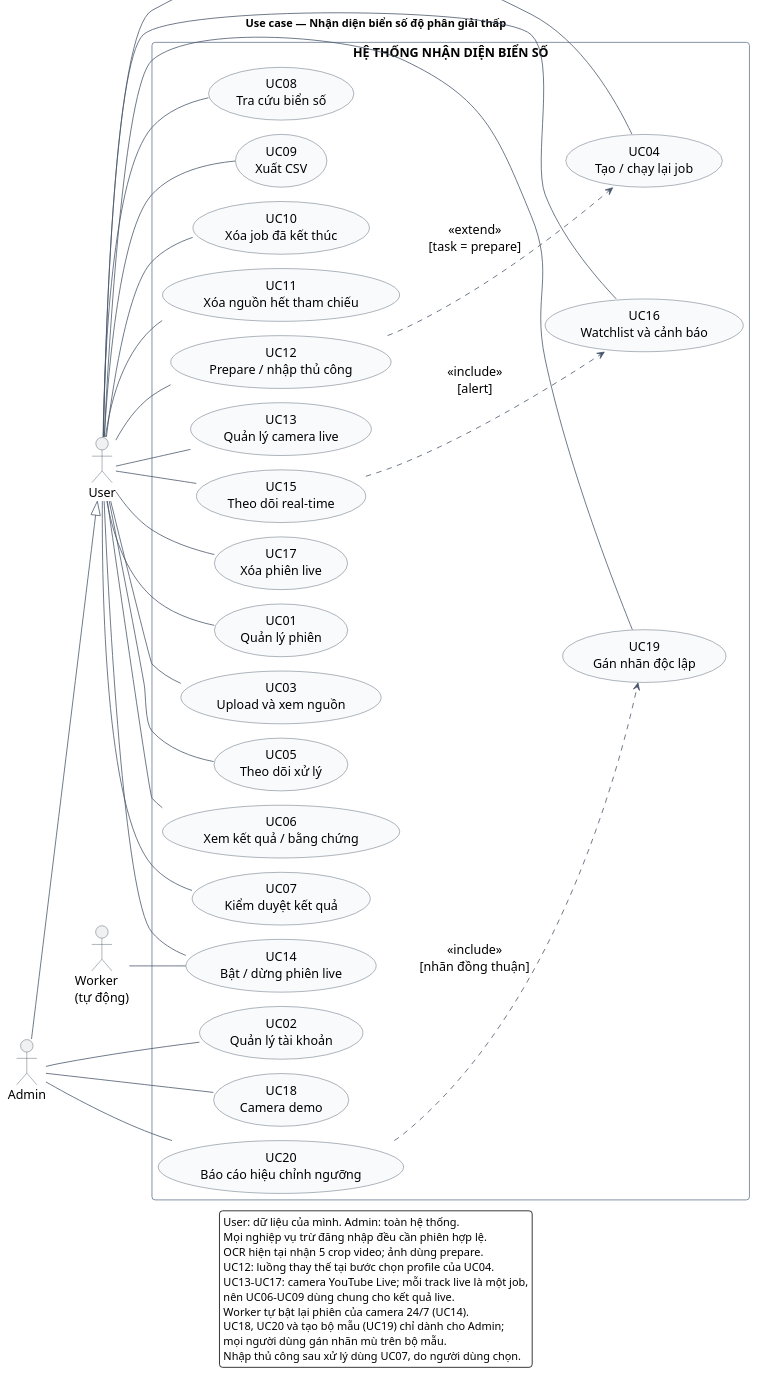
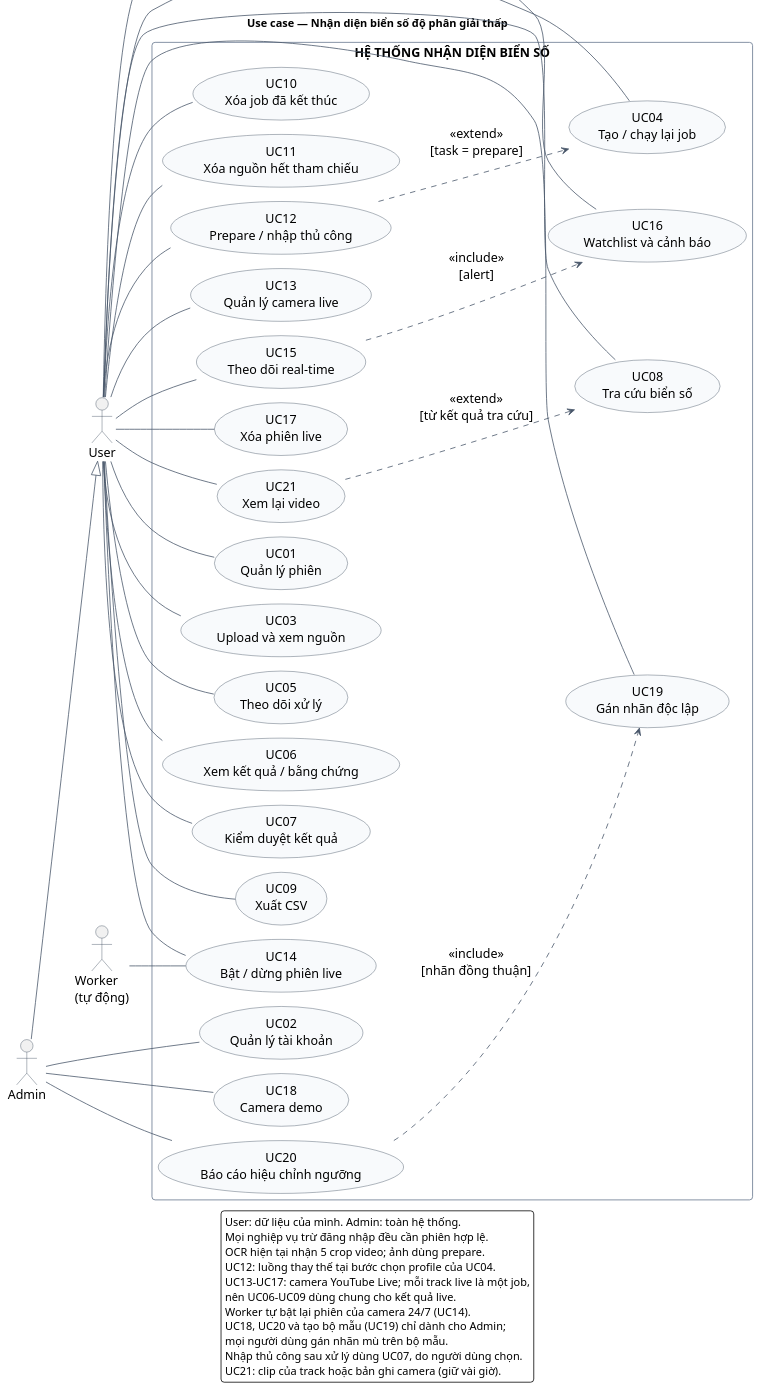
The diagram in docs/analysis/diagrams/01-use-case.puml (Oszumeiii/Vehicle_Tracking_BE), drawn with PlantUML before and after one commit. The commit also changed 12 other files, not shown here.

```diff
--- a/docs/analysis/diagrams/01-use-case.puml
+++ b/docs/analysis/diagrams/01-use-case.puml
@@ -1,85 +1,89 @@
 @startuml
 !pragma layout smetana
 left to right direction
 skinparam defaultFontName Arial
 skinparam defaultFontSize 16
 skinparam backgroundColor white
 skinparam shadowing false
 skinparam roundCorner 8
 skinparam ArrowColor #475569
 skinparam ActorBorderColor #334155
 skinparam UsecaseBorderColor #334155
 skinparam UsecaseBackgroundColor #F8FAFC
 skinparam RectangleBorderColor #64748B
 skinparam packageStyle rectangle
 skinparam nodesep 22
 skinparam ranksep 36
 scale max 1100 width
 title Use case — Nhận diện biển số độ phân giải thấp
 
 actor "User" as U
 actor "Admin" as A
 A --|> U
 
 rectangle "HỆ THỐNG NHẬN DIỆN BIỂN SỐ" {
   usecase "UC01\nQuản lý phiên" as UC01
   usecase "UC02\nQuản lý tài khoản" as UC02
   usecase "UC03\nUpload và xem nguồn" as UC03
   usecase "UC04\nTạo / chạy lại job" as UC04
   usecase "UC05\nTheo dõi xử lý" as UC05
   usecase "UC06\nXem kết quả / bằng chứng" as UC06
   usecase "UC07\nKiểm duyệt kết quả" as UC07
   usecase "UC08\nTra cứu biển số" as UC08
   usecase "UC09\nXuất CSV" as UC09
   usecase "UC10\nXóa job đã kết thúc" as UC10
   usecase "UC11\nXóa nguồn hết tham chiếu" as UC11
   usecase "UC12\nPrepare / nhập thủ công" as UC12
   usecase "UC13\nQuản lý camera live" as UC13
   usecase "UC14\nBật / dừng phiên live" as UC14
   usecase "UC15\nTheo dõi real-time" as UC15
   usecase "UC16\nWatchlist và cảnh báo" as UC16
   usecase "UC17\nXóa phiên live" as UC17
   usecase "UC18\nCamera demo" as UC18
   usecase "UC19\nGán nhãn độc lập" as UC19
   usecase "UC20\nBáo cáo hiệu chỉnh ngưỡng" as UC20
+  usecase "UC21\nXem lại video" as UC21
 }
 actor "Worker\n(tự động)" as W
 
 U -- UC01
 A -- UC02
 U -- UC03
 U -- UC04
 U -- UC05
 U -- UC06
 U -- UC07
 U -- UC08
 U -- UC09
 U -- UC10
 U -- UC11
 U -- UC12
 UC12 ..> UC04 : <<extend>>\n[task = prepare]
 U -- UC13
 U -- UC14
 U -- UC15
 U -- UC16
 U -- UC17
 A -- UC18
 U -- UC19
 A -- UC20
 UC20 ..> UC19 : <<include>>\n[nhãn đồng thuận]
+U -- UC21
+UC21 ..> UC08 : <<extend>>\n[từ kết quả tra cứu]
 W -- UC14
 UC15 ..> UC16 : <<include>>\n[alert]
 
 legend bottom
 User: dữ liệu của mình. Admin: toàn hệ thống.
 Mọi nghiệp vụ trừ đăng nhập đều cần phiên hợp lệ.
 OCR hiện tại nhận 5 crop video; ảnh dùng prepare.
 UC12: luồng thay thế tại bước chọn profile của UC04.
 UC13–UC17: camera YouTube Live; mỗi track live là một job,
 nên UC06–UC09 dùng chung cho kết quả live.
 Worker tự bật lại phiên của camera 24/7 (UC14).
 UC18, UC20 và tạo bộ mẫu (UC19) chỉ dành cho Admin;
 mọi người dùng gán nhãn mù trên bộ mẫu.
 Nhập thủ công sau xử lý dùng UC07, do người dùng chọn.
+UC21: clip của track hoặc bản ghi camera (giữ vài giờ).
 endlegend
 @enduml
```
